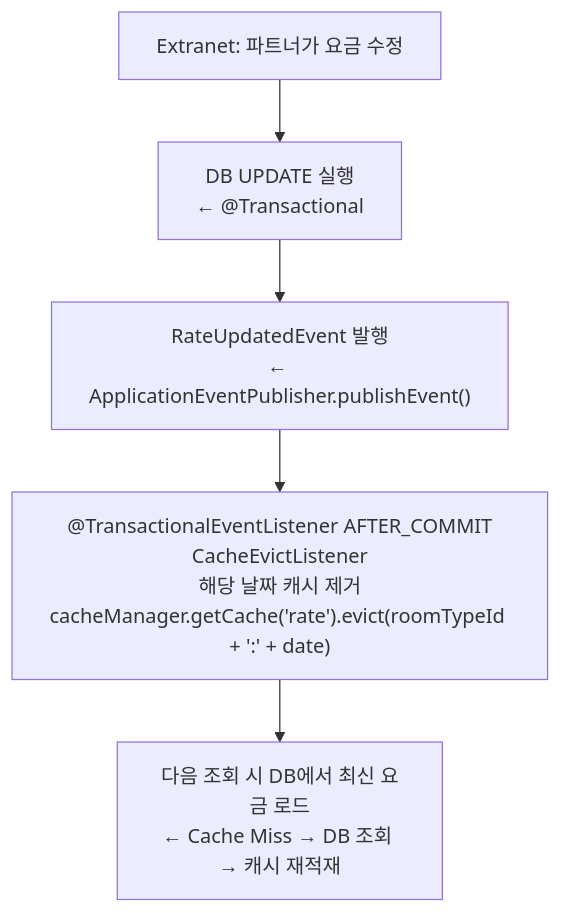
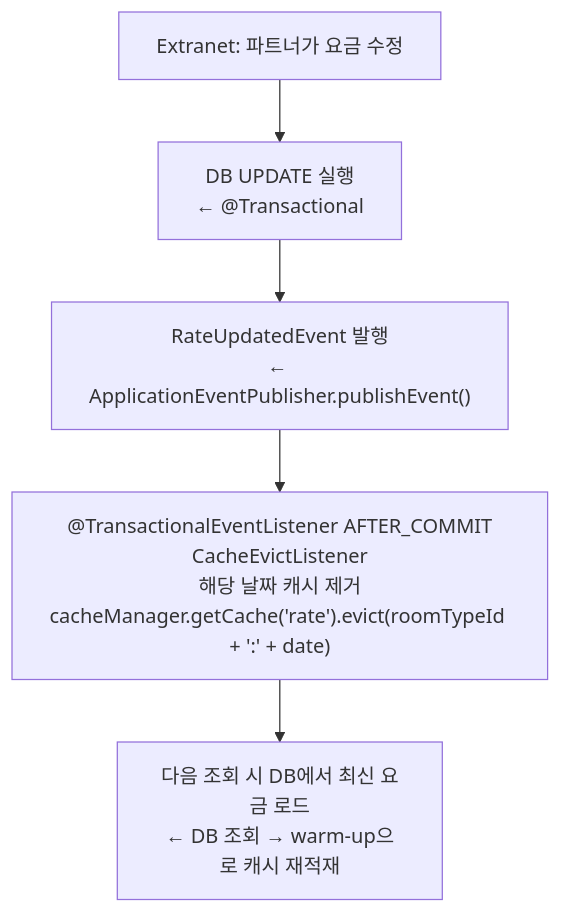
The third of 4 diagrams in docs/design/05-cache-strategy.md (jaeminLee524/jemini-stayhost), drawn with Mermaid before and after one commit. The commit also changed other lines of this file and 4 other files, not shown here.

````diff
--- a/docs/design/05-cache-strategy.md
+++ b/docs/design/05-cache-strategy.md
@@ -252,8 +253,8 @@
 ```mermaid
 flowchart TD
     A[Extranet: 파트너가 요금 수정] --> B
     B["DB UPDATE 실행\n← @Transactional"] --> C
     C["RateUpdatedEvent 발행\n← ApplicationEventPublisher.publishEvent()"] --> D
     D["@TransactionalEventListener AFTER_COMMIT\nCacheEvictListener\n해당 날짜 캐시 제거\ncacheManager.getCache('rate').evict(roomTypeId + ':' + date)"] --> E
-    E["다음 조회 시 DB에서 최신 요금 로드\n← Cache Miss → DB 조회 → 캐시 재적재"]
+    E["다음 조회 시 DB에서 최신 요금 로드\n← DB 조회 → warm-up으로 캐시 재적재"]
 ```
````
